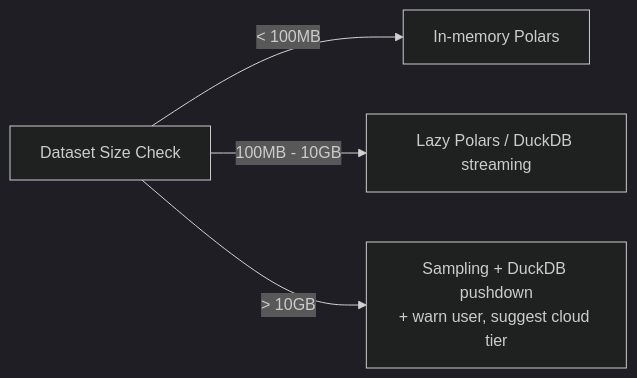
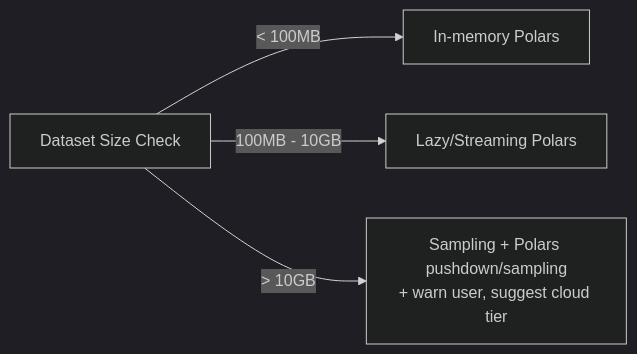
Before and after one commit to adityagangwani30/FeatureSmith: the fifth of 5 diagrams in docs/Architecture.md, drawn with Mermaid (dark theme). The commit also changed other lines of this file and 63 other files, not shown here.

````diff
--- a/docs/Architecture.md
+++ b/docs/Architecture.md
@@ -288,6 +288,6 @@
 ```mermaid
 flowchart LR
     A[Dataset Size Check] -->|< 100MB| B[In-memory Polars]
-    A -->|100MB - 10GB| C[Lazy Polars / DuckDB streaming]
-    A -->|> 10GB| D[Sampling + DuckDB pushdown\n+ warn user, suggest cloud tier]
+    A -->|100MB - 10GB| C[Lazy/Streaming Polars]
+    A -->|> 10GB| D[Sampling + Polars pushdown/sampling\n+ warn user, suggest cloud tier]
 ```
````
